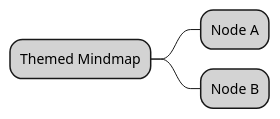
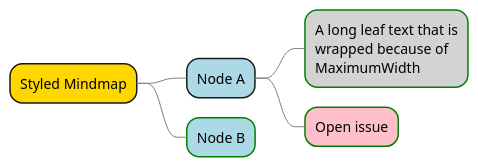
Before and after one commit to hgrabows/diagrammer-skills: the ninth of 9 diagrams in skills/diagrammer/specs/plantuml/plantuml_mindmap.md, drawn with PlantUML. The commit also changed other lines of this file and 127 other files, not shown here.

First line of the commit message:
feat: audit all specs, add example gallery, fix PlantUML and Gantt rendering

````diff
--- a/skills/diagrammer/specs/plantuml/plantuml_mindmap.md
+++ b/skills/diagrammer/specs/plantuml/plantuml_mindmap.md
@@ -152,16 +187,34 @@
 ```plantuml
 @startmindmap
 <style>
 mindmapDiagram {
   node {
     BackgroundColor lightgray
     FontColor black
     FontSize 14
+    MaximumWidth 160
+  }
+  rootNode {
+    BackgroundColor gold
+  }
+  :depth(1) {
+    BackgroundColor lightblue
+  }
+  leafNode {
+    LineColor green
+  }
+  arrow {
+    LineColor gray
+  }
+  .risk {
+    BackgroundColor pink
   }
 }
 </style>
-* Themed Mindmap
+* Styled Mindmap
 ** Node A
+*** A long leaf text that is wrapped because of MaximumWidth
+*** Open issue <<risk>>
 ** Node B
 @endmindmap
 ```
````
